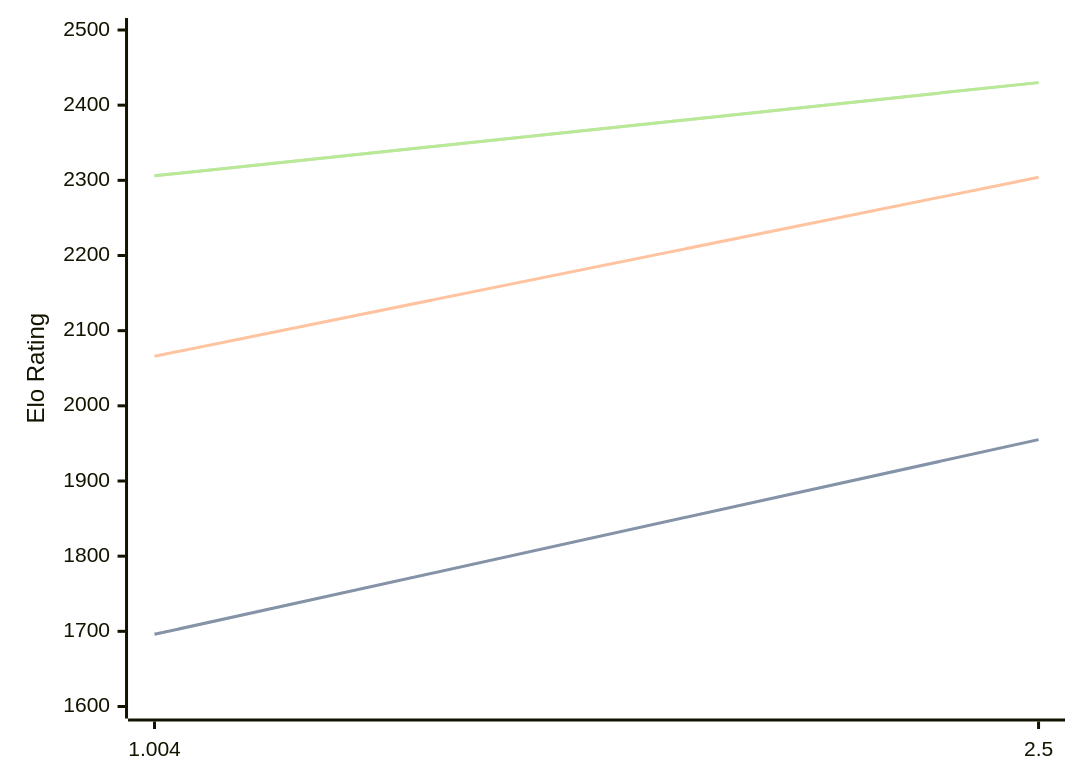
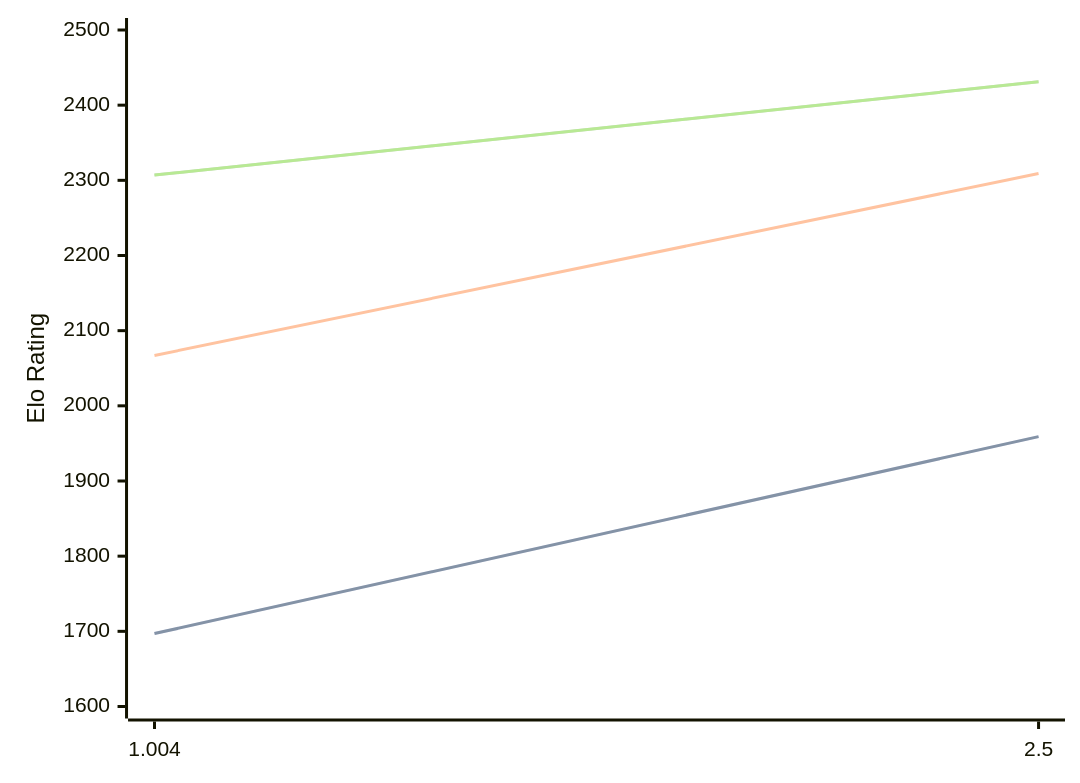
Before and after one commit to computer-chess-index/cci: the diagram in engines/Ares.md, drawn with Mermaid. The commit also changed other lines of this file, not shown here.

Commit message:
Update CCI Ratings (ELO VLTC) - 2026-08-09

````diff
--- a/engines/Ares.md
+++ b/engines/Ares.md
@@ -32,11 +32,11 @@
 ```mermaid
 %%{init: {"theme":"base","themeVariables":{"seriesColors:['#a3a3a3','#222221','#faa371']}}}%%
 xychart-beta
   x-axis ["1.004", "2.5"]
   y-axis "Elo Rating" 1600 --> 2500
-  line "STC (8.0+0.08s)" [1696, 1955]
-  line "STC (8.0+0.08s)" [1696, 1955]
-  line "LTC (60.0+0.60s)" [2066, 2304]
-  line "VLTC (2m24s+1.12s)" [2306, 2430]
-  line "VLTC (2m24s+1.12s)" [2306, 2430]
+  line "STC (8.0+0.08s)" [1697, 1959]
+  line "STC (8.0+0.08s)" [1697, 1959]
+  line "LTC (60.0+0.60s)" [2067, 2309]
+  line "VLTC (2m24s+1.12s)" [2307, 2431]
+  line "VLTC (2m24s+1.12s)" [2307, 2431]
 ```
````
